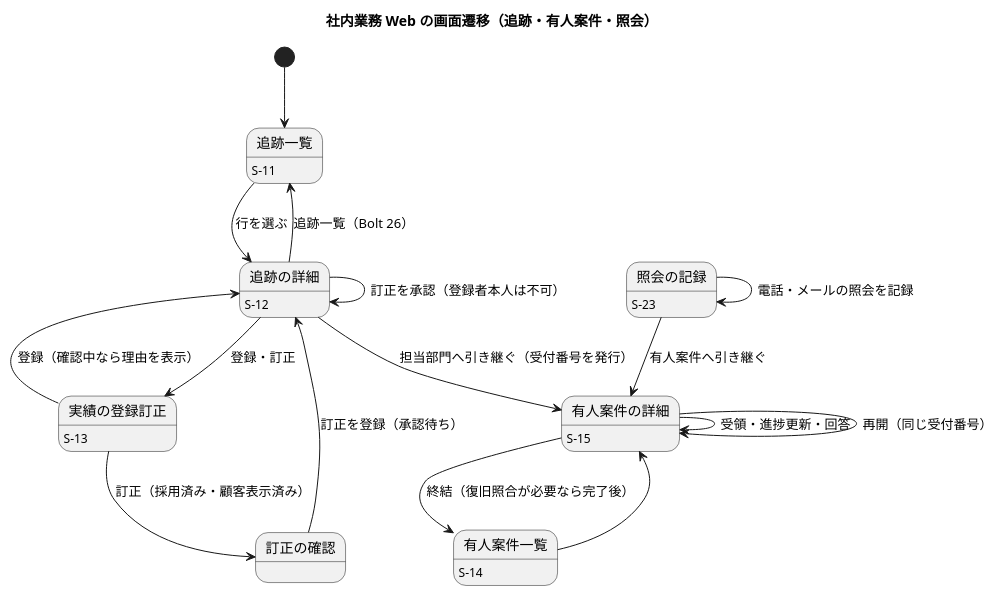
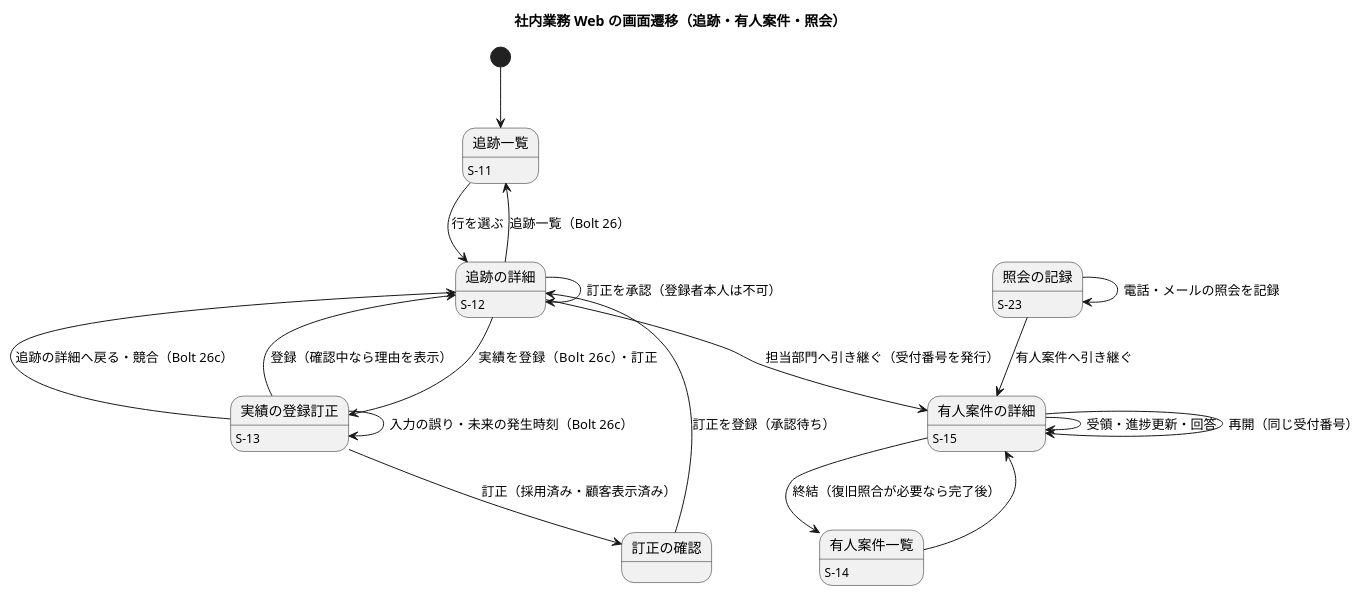
One commit to k2works/practical-domain-driven-design-in-enterpris-application changed the sixth of 23 diagrams in docs/design/cargo-tracker/ui_design.md. Above: the diagram before and after it, drawn with PlantUML. The commit also changed other lines of this file and 9 other files, not shown here.

````diff
--- a/docs/design/cargo-tracker/ui_design.md
+++ b/docs/design/cargo-tracker/ui_design.md
@@ -383,27 +384,29 @@
 ```plantuml
 @startuml
 title 社内業務 Web の画面遷移（追跡・有人案件・照会）
 [*] --> 追跡一覧
 追跡一覧 : S-11
 追跡の詳細 : S-12
 実績の登録訂正 : S-13
 有人案件一覧 : S-14
 有人案件の詳細 : S-15
 照会の記録 : S-23
 
 追跡一覧 --> 追跡の詳細 : 行を選ぶ
 追跡の詳細 --> 追跡一覧 : 追跡一覧（Bolt 26）
-追跡の詳細 --> 実績の登録訂正 : 登録・訂正
+追跡の詳細 --> 実績の登録訂正 : 実績を登録（Bolt 26c）・訂正
+実績の登録訂正 --> 実績の登録訂正 : 入力の誤り・未来の発生時刻（Bolt 26c）
+実績の登録訂正 --> 追跡の詳細 : 追跡の詳細へ戻る・競合（Bolt 26c）
 実績の登録訂正 --> 訂正の確認 : 訂正（採用済み・顧客表示済み）
 実績の登録訂正 --> 追跡の詳細 : 登録（確認中なら理由を表示）
 訂正の確認 --> 追跡の詳細 : 訂正を登録（承認待ち）
 追跡の詳細 --> 追跡の詳細 : 訂正を承認（登録者本人は不可）
 追跡の詳細 --> 有人案件の詳細 : 担当部門へ引き継ぐ（受付番号を発行）
 照会の記録 --> 照会の記録 : 電話・メールの照会を記録
 照会の記録 --> 有人案件の詳細 : 有人案件へ引き継ぐ
 有人案件一覧 --> 有人案件の詳細
 有人案件の詳細 --> 有人案件の詳細 : 受領・進捗更新・回答
 有人案件の詳細 --> 有人案件一覧 : 終結（復旧照合が必要なら完了後）
 有人案件の詳細 --> 有人案件の詳細 : 再開（同じ受付番号）
 @enduml
 ```
````
